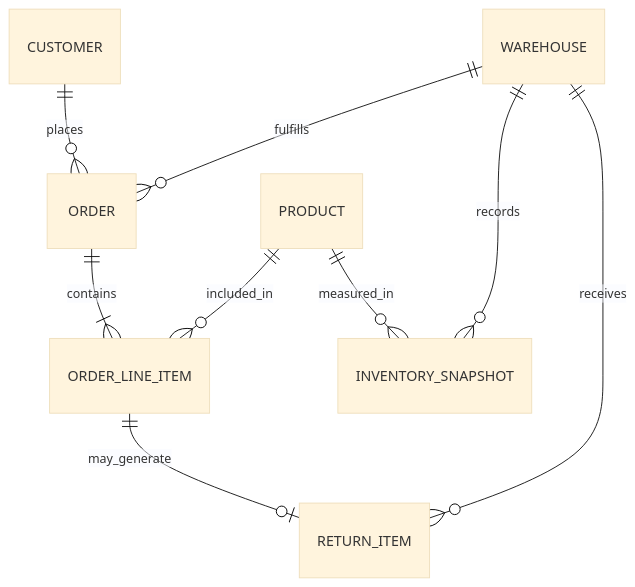
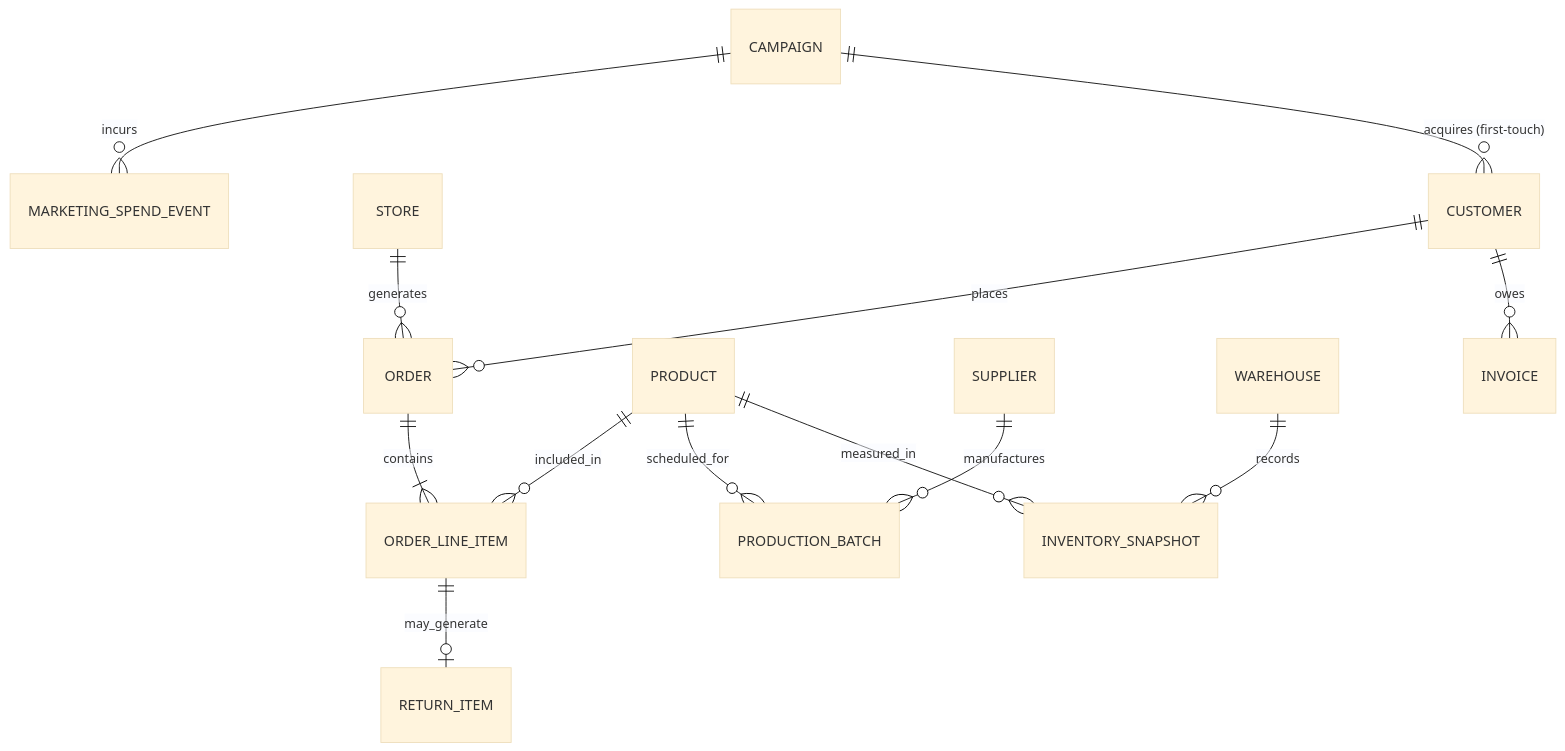
One commit to jovync/analytics-portfolio changed the diagram in vespera-analytics-platform/docs/02_architecture/02_logical_data_model.md. Above: the diagram before and after it, drawn with Mermaid (base theme). The commit also changed other lines of this file and 16 other files, not shown here.

First line of the commit message:
Add marketing spend dbt slice (dim_campaign, fact_marketing_spend)

````diff
--- a/vespera-analytics-platform/docs/02_architecture/02_logical_data_model.md
+++ b/vespera-analytics-platform/docs/02_architecture/02_logical_data_model.md
@@ -58,13 +56,20 @@
 ```mermaid
 erDiagram
     CUSTOMER ||--o{ ORDER : "places"
-    WAREHOUSE ||--o{ ORDER : "fulfills"
+    STORE ||--o{ ORDER : "generates"
     ORDER ||--|{ ORDER_LINE_ITEM : "contains"
     PRODUCT ||--o{ ORDER_LINE_ITEM : "included_in"
+
+    SUPPLIER ||--o{ PRODUCTION_BATCH : "manufactures"
+    PRODUCT ||--o{ PRODUCTION_BATCH : "scheduled_for"
 
     PRODUCT ||--o{ INVENTORY_SNAPSHOT : "measured_in"
     WAREHOUSE ||--o{ INVENTORY_SNAPSHOT : "records"
 
     ORDER_LINE_ITEM ||--o| RETURN_ITEM : "may_generate"
-    WAREHOUSE ||--o{ RETURN_ITEM : "receives"
+
+    CUSTOMER ||--o{ INVOICE : "owes"
+
+    CAMPAIGN ||--o{ MARKETING_SPEND_EVENT : "incurs"
+    CAMPAIGN ||--o{ CUSTOMER : "acquires (first-touch)"
 ```
````
